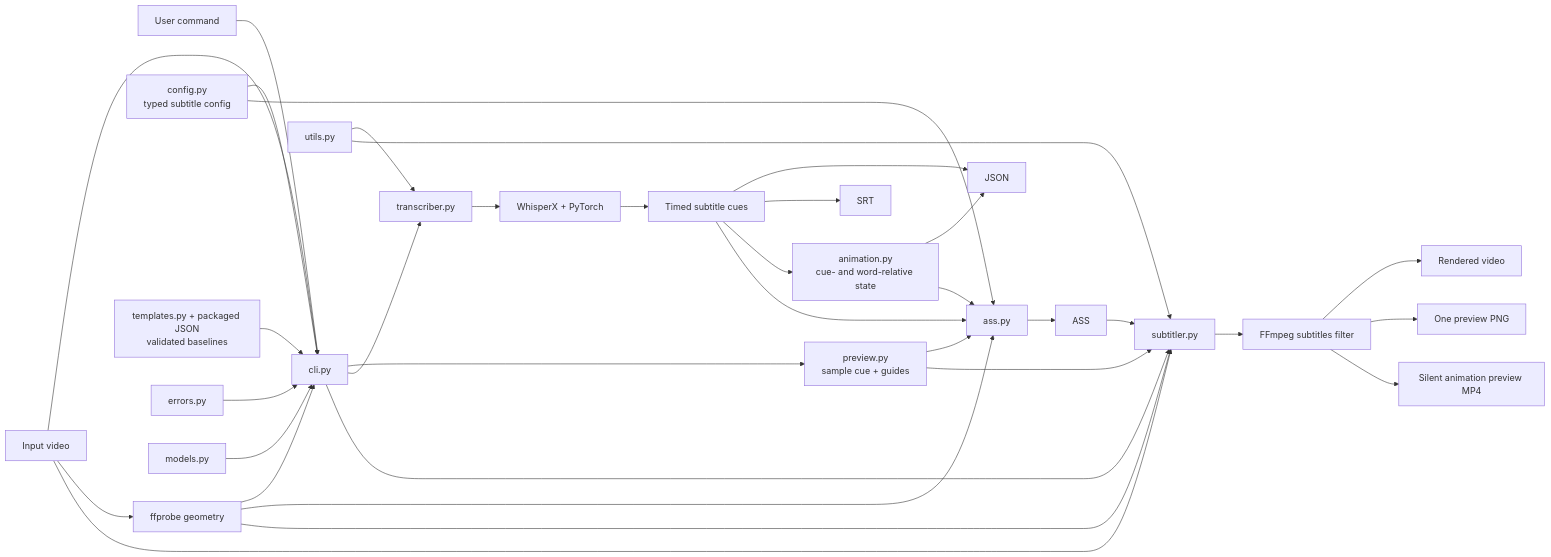
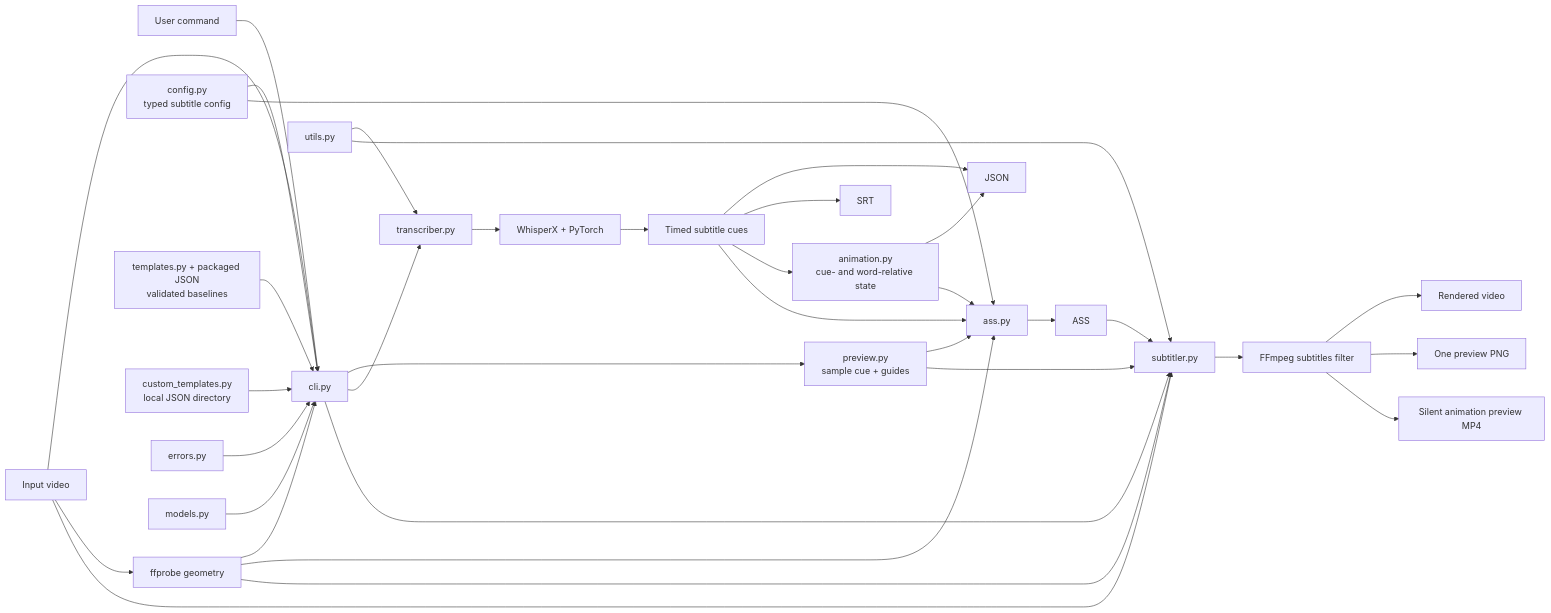
The diagram in docs/architecture.md (denilson-santos/multisubs), drawn with Mermaid before and after one commit. The commit also changed other lines of this file and 8 other files, not shown here.

Commit message:
docs: document custom templates and final catalog

```diff
--- a/docs/architecture.md
+++ b/docs/architecture.md
@@ -14,36 +14,37 @@
 ~~~mermaid
 flowchart LR
     user[User command] --> cli[cli.py]
     input[Input video] --> cli
     input --> probe[ffprobe geometry]
     probe --> cli
     config[config.py<br/>typed subtitle config] --> cli
     templates[templates.py + packaged JSON<br/>validated baselines] --> cli
+    custom[custom_templates.py<br/>local JSON directory] --> cli
     cli --> preview[preview.py<br/>sample cue + guides]
     cli --> transcriber[transcriber.py]
     transcriber --> whisper[WhisperX + PyTorch]
     whisper --> cues[Timed subtitle cues]
     cues --> json[JSON]
     cues --> srt[SRT]
     cues --> animations[animation.py<br/>cue- and word-relative state]
     animations --> json
     animations --> asswriter
     cues --> asswriter[ass.py]
     asswriter --> ass[ASS]
     preview --> asswriter
     config --> asswriter
     probe --> asswriter
     cli --> subtitler[subtitler.py]
     preview --> subtitler
     input --> subtitler
     ass --> subtitler
     probe --> subtitler
     subtitler --> ffmpeg[FFmpeg subtitles filter]
     ffmpeg --> video[Rendered video]
     ffmpeg --> png[One preview PNG]
     ffmpeg --> clip[Silent animation preview MP4]
     utils[utils.py] --> transcriber
     utils --> subtitler
     errors[errors.py] --> cli
     models[models.py] --> cli
 ~~~
```
